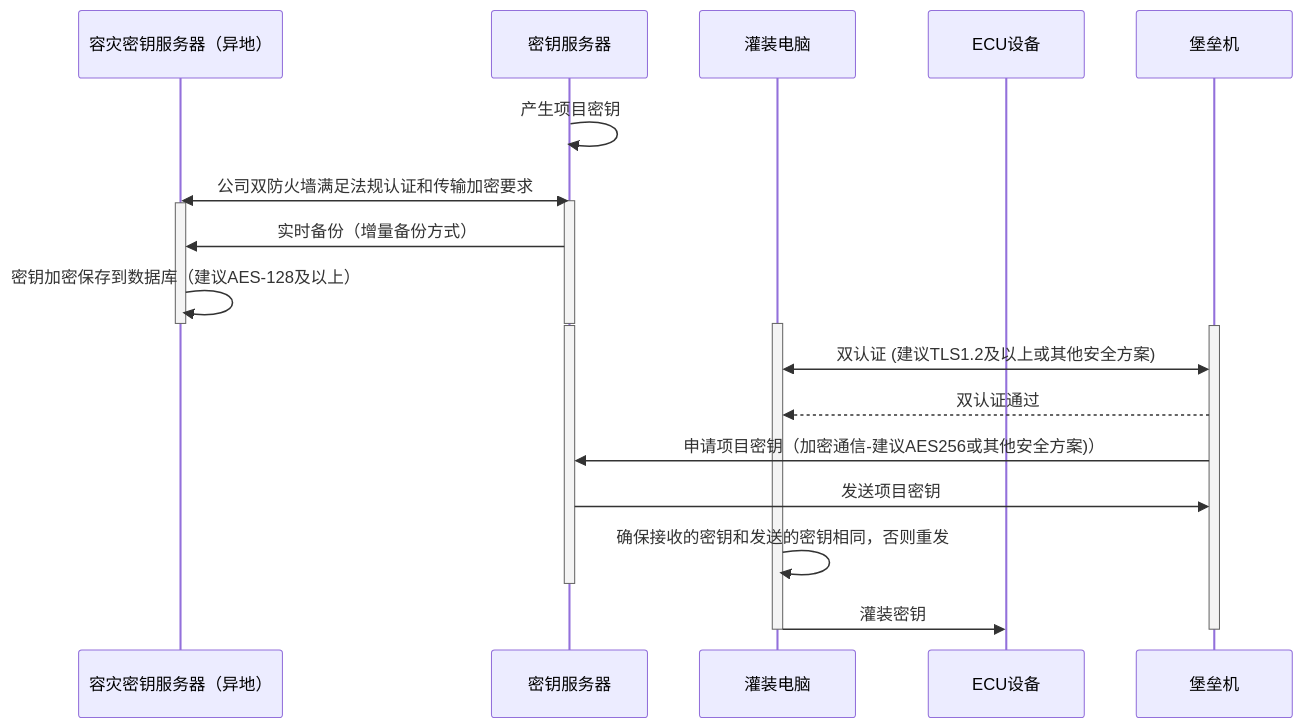
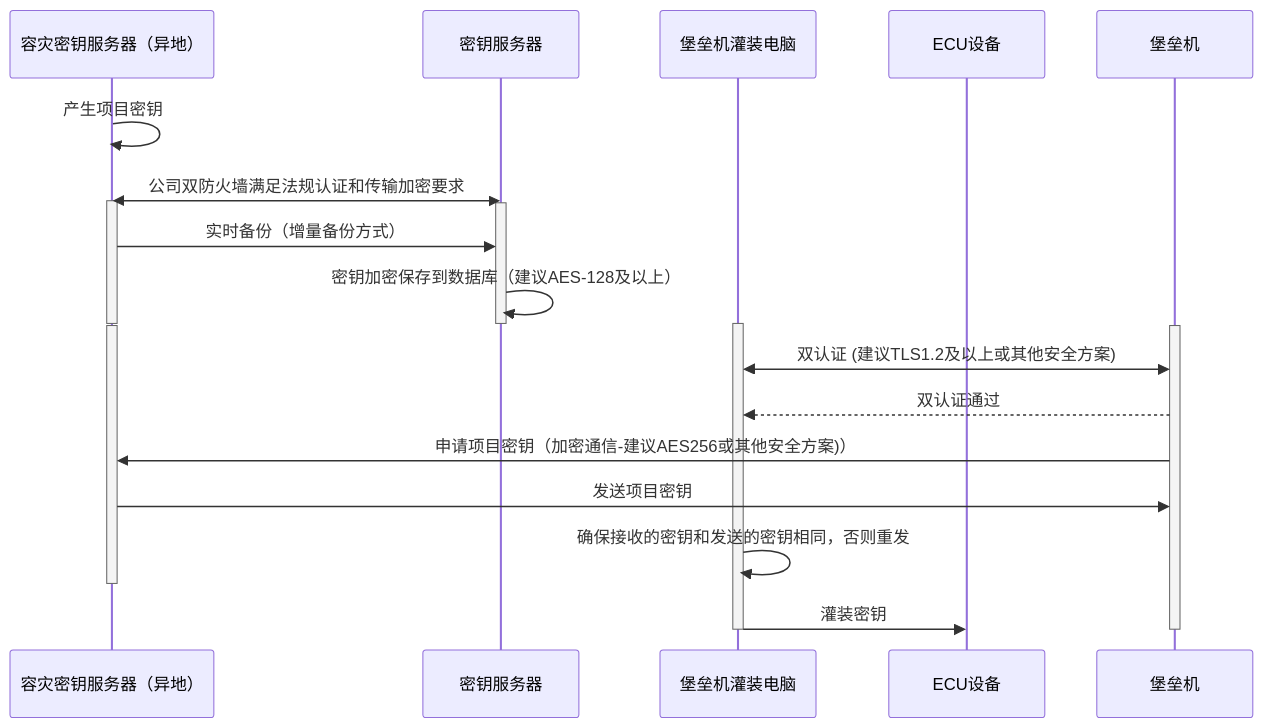
Before and after one commit to facebook-cloud/iodraw-files: the diagram in all/未命名-15.md, drawn with Mermaid.

Commit message:
2026-02-07 09:59:05 update

````diff
--- a/all/未命名-15.md
+++ b/all/未命名-15.md
@@ -1,34 +1,34 @@
 ```mermaid
 sequenceDiagram
-    participant B as 容灾密钥服务器（异地）
-    participant A as 密钥服务器
-    participant C as 灌装电脑
+    participant A as 容灾密钥服务器（异地）
+    participant B as 密钥服务器
+    participant C as 堡垒机灌装电脑
     participant D as ECU设备
     participant E as 堡垒机
 
     A->>A: 产生项目密钥
     A<<->>B: 公司双防火墙满足法规认证和传输加密要求
     activate A
     activate B
     A->>B: 实时备份（增量备份方式）
     B->>B: 密钥加密保存到数据库（建议AES-128及以上）
     deactivate B
     deactivate A
 
     activate C
     activate A
     activate E
 
     C<<->>E: 双认证 (建议TLS1.2及以上或其他安全方案)
     E-->>C: 双认证通过
 
     E->>A: 申请项目密钥（加密通信-建议AES256或其他安全方案)）
     A->>E: 发送项目密钥
 
     C->>C: 确保接收的密钥和发送的密钥相同，否则重发
     deactivate A
     C->>D: 灌装密钥
     deactivate C
     deactivate E
 
 ```
````
